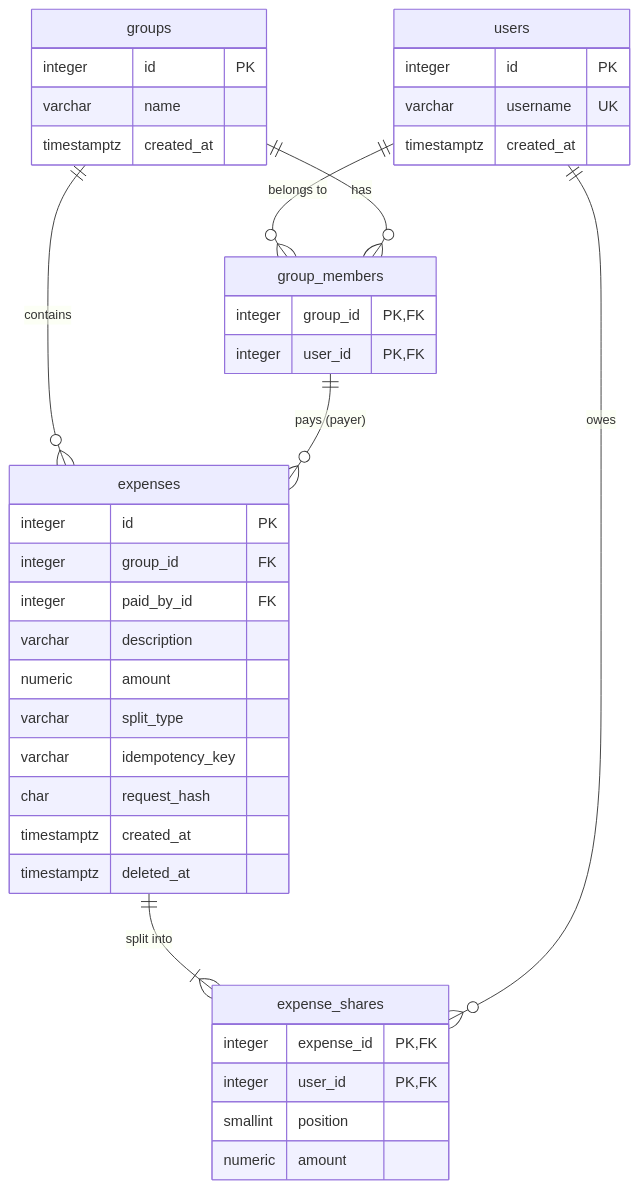
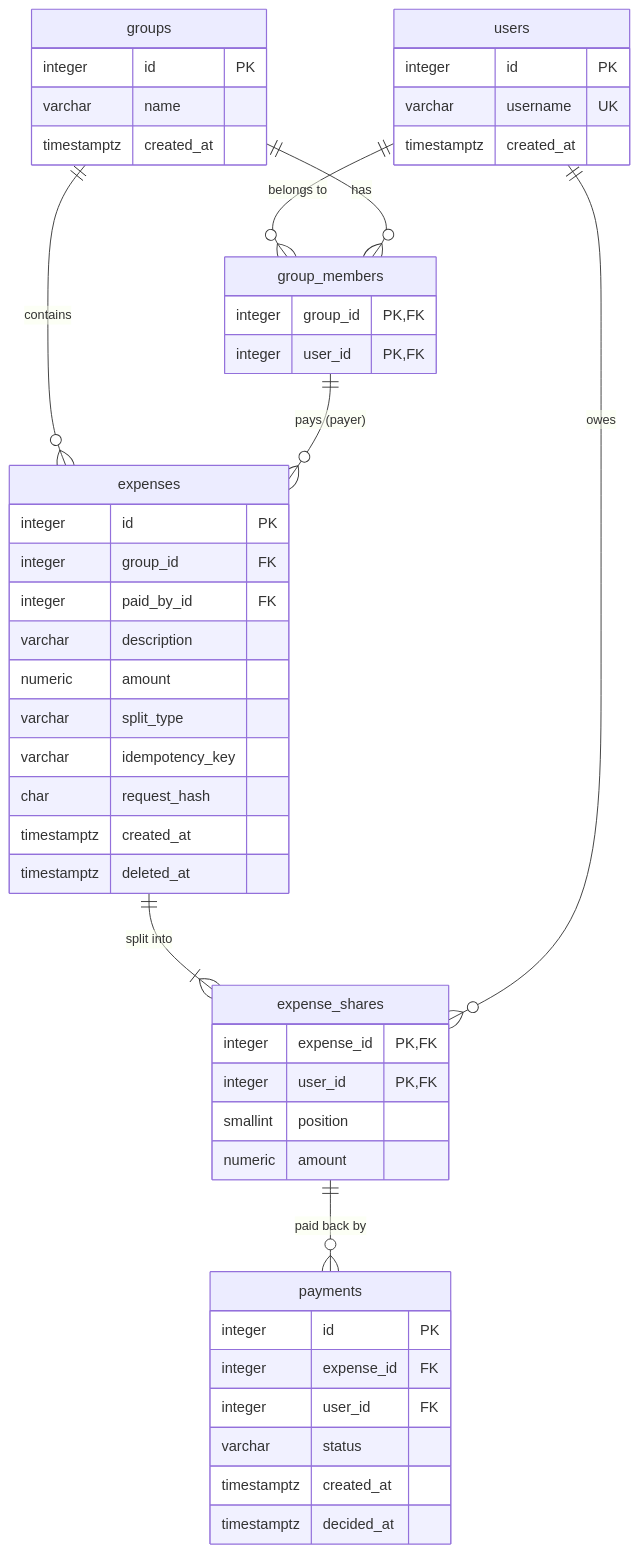
The diagram in docs/schema.md (Pisol00/SplitBill), drawn with Mermaid before and after one commit. The commit also changed other lines of this file and 5 other files, not shown here.

````diff
--- a/docs/schema.md
+++ b/docs/schema.md
@@ -32,42 +32,51 @@
 ```mermaid
 erDiagram
     users ||--o{ group_members : "belongs to"
     groups ||--o{ group_members : has
     groups ||--o{ expenses : contains
     group_members ||--o{ expenses : "pays (payer)"
     expenses ||--|{ expense_shares : "split into"
     users ||--o{ expense_shares : owes
+    expense_shares ||--o{ payments : "paid back by"
 
     users {
         integer id PK
         varchar username UK
         timestamptz created_at
     }
     groups {
         integer id PK
         varchar name
         timestamptz created_at
     }
     group_members {
         integer group_id PK, FK
         integer user_id PK, FK
     }
     expenses {
         integer id PK
         integer group_id FK
         integer paid_by_id FK
         varchar description
         numeric amount
         varchar split_type
         varchar idempotency_key
         char request_hash
         timestamptz created_at
         timestamptz deleted_at
     }
     expense_shares {
         integer expense_id PK, FK
         integer user_id PK, FK
         smallint position
         numeric amount
     }
+    payments {
+        integer id PK
+        integer expense_id FK
+        integer user_id FK
+        varchar status
+        timestamptz created_at
+        timestamptz decided_at
+    }
 ```
````
